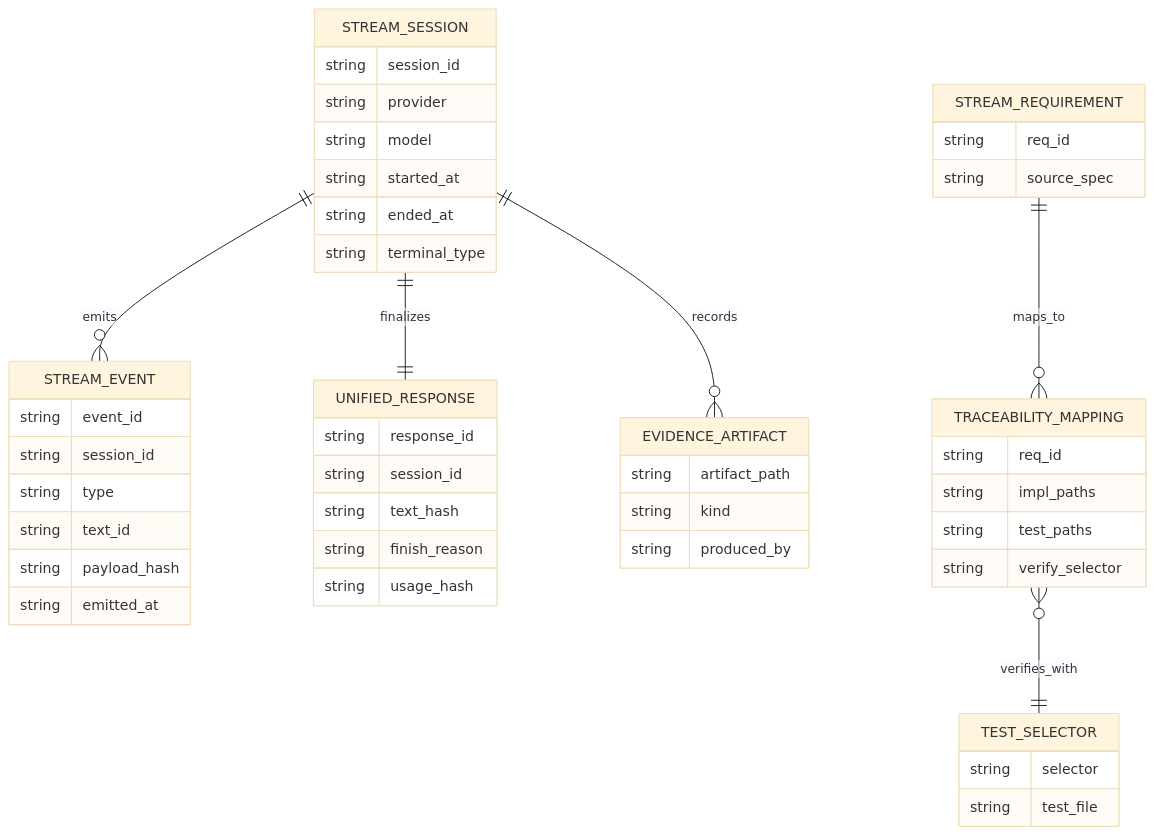
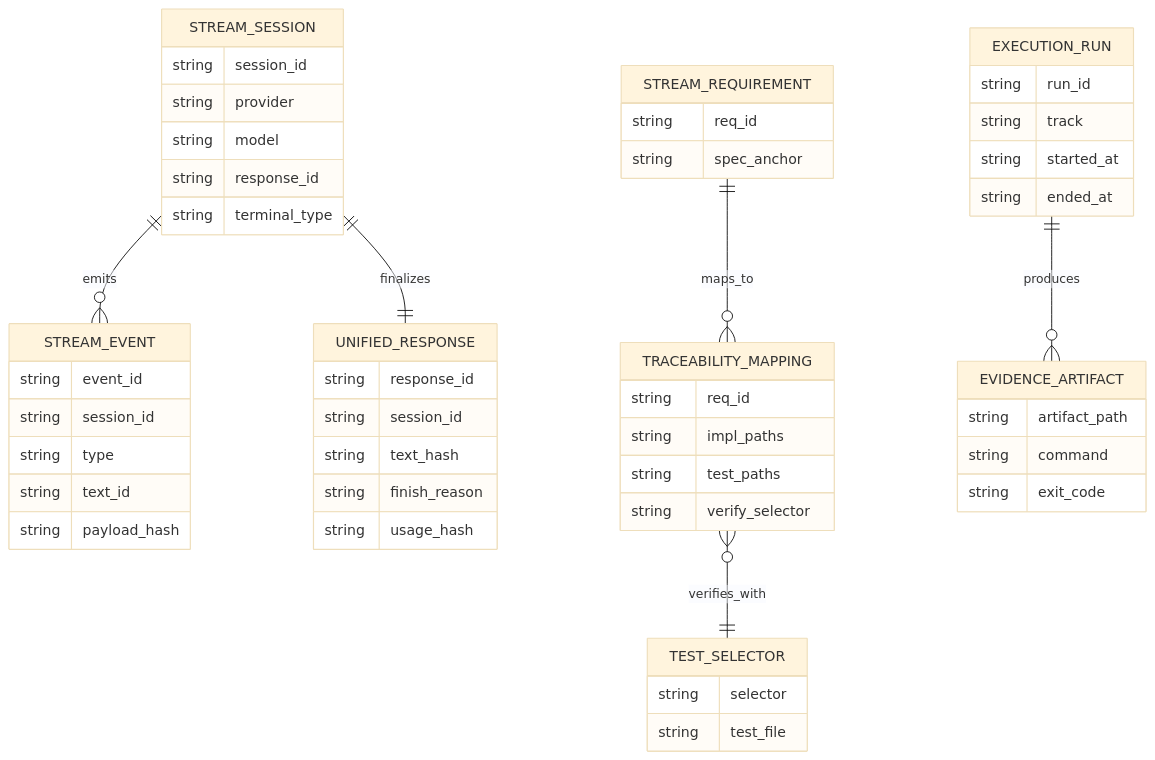
Before and after one commit to jaytaylor/attractor-tcl: the second of 5 diagrams in docs/sprints/SPRINT-005-comprehensive-implementation-plan.md, drawn with Mermaid (base theme). The commit also changed other lines of this file, not shown here.

````diff
--- a/docs/sprints/SPRINT-005-comprehensive-implementation-plan.md
+++ b/docs/sprints/SPRINT-005-comprehensive-implementation-plan.md
@@ -1009,57 +846,62 @@
 ```mermaid
 erDiagram
   STREAM_SESSION ||--o{ STREAM_EVENT : emits
   STREAM_SESSION ||--|| UNIFIED_RESPONSE : finalizes
-  STREAM_SESSION ||--o{ EVIDENCE_ARTIFACT : records
   STREAM_REQUIREMENT ||--o{ TRACEABILITY_MAPPING : maps_to
   TRACEABILITY_MAPPING }o--|| TEST_SELECTOR : verifies_with
+  EXECUTION_RUN ||--o{ EVIDENCE_ARTIFACT : produces
 
   STREAM_SESSION {
     string session_id
     string provider
     string model
-    string started_at
-    string ended_at
+    string response_id
     string terminal_type
   }
 
   STREAM_EVENT {
     string event_id
     string session_id
     string type
     string text_id
     string payload_hash
-    string emitted_at
   }
 
   UNIFIED_RESPONSE {
     string response_id
     string session_id
     string text_hash
     string finish_reason
     string usage_hash
   }
 
   STREAM_REQUIREMENT {
     string req_id
-    string source_spec
+    string spec_anchor
   }
 
   TRACEABILITY_MAPPING {
     string req_id
     string impl_paths
     string test_paths
     string verify_selector
   }
 
   TEST_SELECTOR {
     string selector
     string test_file
   }
 
+  EXECUTION_RUN {
+    string run_id
+    string track
+    string started_at
+    string ended_at
+  }
+
   EVIDENCE_ARTIFACT {
     string artifact_path
-    string kind
-    string produced_by
+    string command
+    string exit_code
   }
 ```
````
